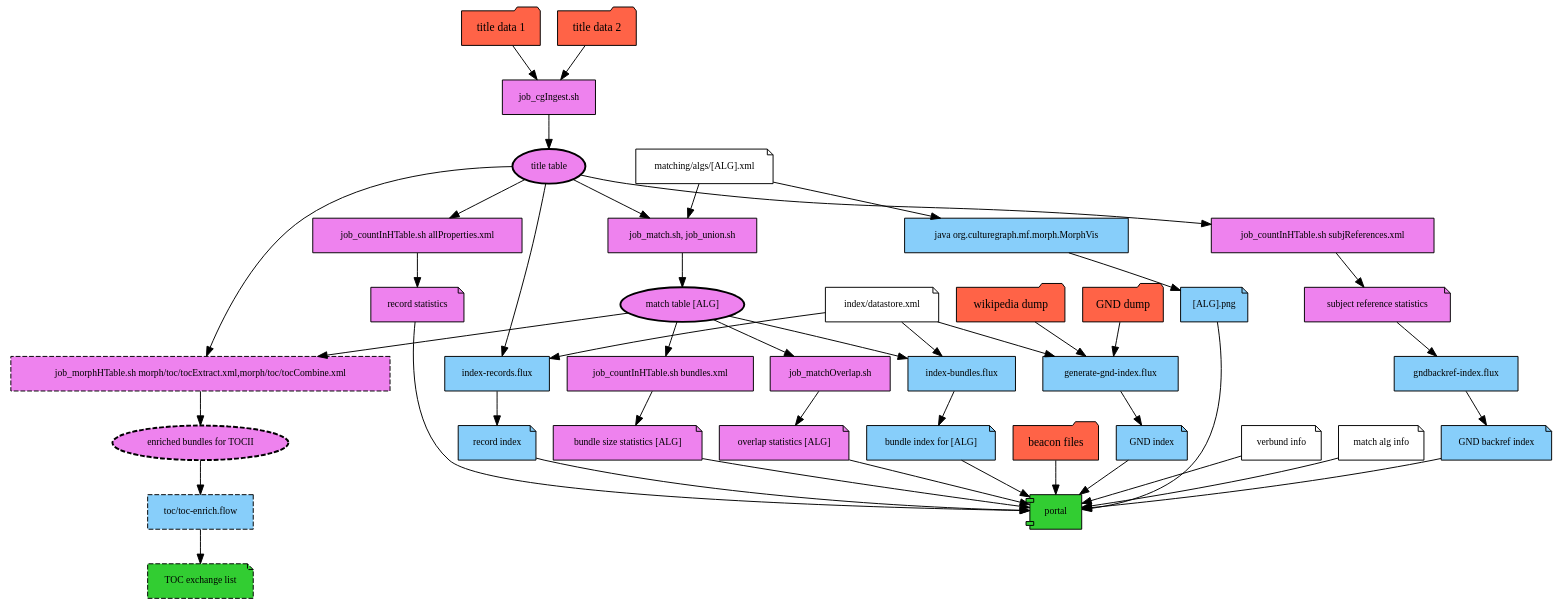
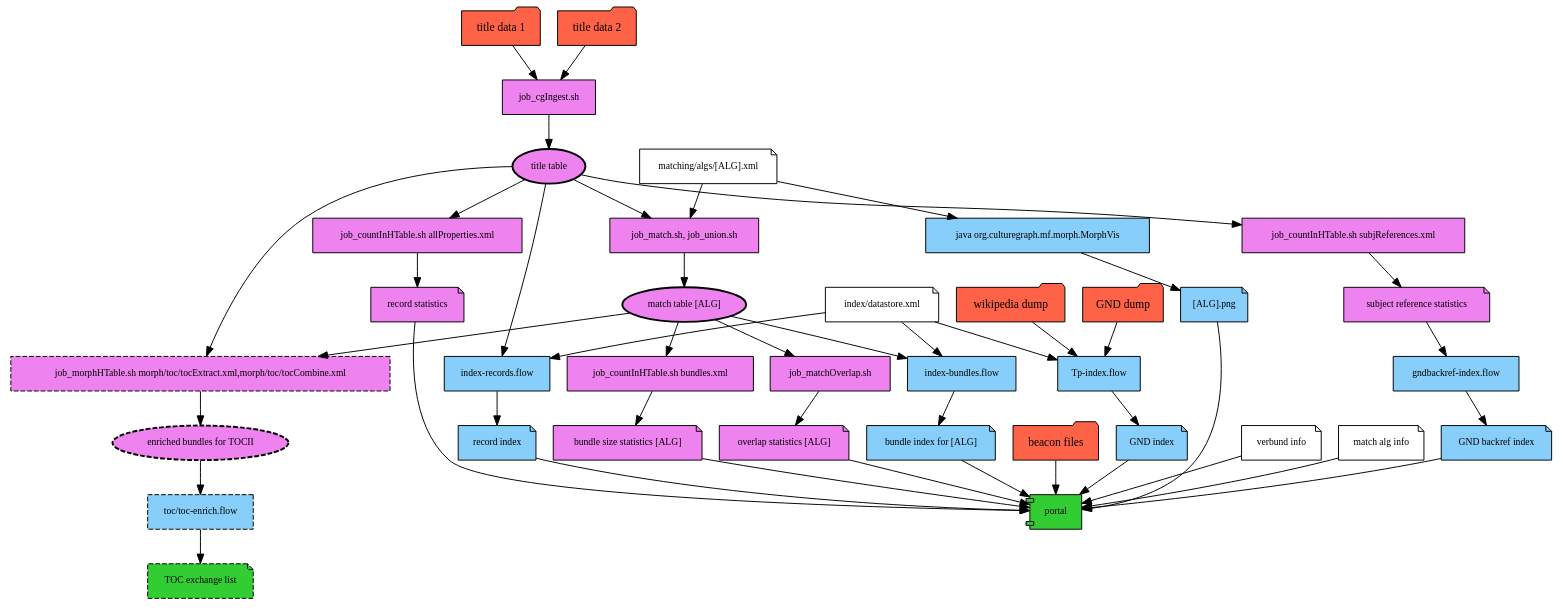
One commit to guenterh/casBigDataBern changed the diagram in doc/culturegraph-portal.gv. Above: the diagram before and after it, drawn with Graphviz. The commit also changed 1 other file, not shown here.

```diff
--- a/doc/culturegraph-portal.gv
+++ b/doc/culturegraph-portal.gv
@@ -1,123 +1,123 @@
 digraph dataflows {
 node [shape=folder, style=filled, fillcolor=tomato, fontsize=12];  
 t1 [label="title data 1"];
 t2 [label="title data 2"];
 beacons [label="beacon files"];
 wiki [label="wikipedia dump"];
 gnd [label="GND dump"];
 
 node [shape=ellipse, style="filled,bold", fillcolor=violet, fontsize=10];  
 rt [label="title table"];
 mt [label="match table [ALG]"];
 
 node [shape=ellipse, style="filled,bold, dashed", fillcolor=violet, fontsize=10];  
 toct [label="enriched bundles for TOCII"];
 
 
 node[shape=component, style=filled, fillcolor=limegreen, fontsize=10]
 portal [label="portal"]
 
 node[shape=note, style=filled, fillcolor=violet, fontsize=10]
 ovstat [label="overlap statistics [ALG]"]
 bstat [label="bundle size statistics [ALG]"]
 rstat [label="record statistics"]
 subjstat  [label="subject reference statistics"]
 
 node[shape=note, style=filled, fillcolor=lightskyblue, fontsize=10]
 rix [label="record index"]
 bix [label="bundle index for [ALG]"]
 gndix [label="GND index"]
 png [label="[ALG].png"]
 subjix [label="GND backref index"]
 
 node[shape=note, style=filled, fillcolor=white, fontsize=10]
 alg [label="matching/algs/[ALG].xml"]
 indexs [label="index/datastore.xml"]
 vinfo [label="verbund info"]
 ainfo [label="match alg info"]
 
 node [shape=box, style=filled, fillcolor=violet, fontsize=10];  
 in [label="job_cgIngest.sh"]
 match [label="job_match.sh, job_union.sh"]
 overlap [label="job_matchOverlap.sh"]
 bundlec [label="job_countInHTable.sh bundles.xml"]
 recc [label="job_countInHTable.sh allProperties.xml"]
 subjc [label="job_countInHTable.sh subjReferences.xml"]
 
 
 node [shape=box, style=filled, fillcolor=lightskyblue, fontsize=10];  
-ixr [label="index-records.flux"]
-ixm [label="index-bundles.flux"]
-ixgnd [label="generate-gnd-index.flux"]
+ixr [label="index-records.flow"]
+ixm [label="index-bundles.flow"]
+ixgnd [label="Tp-index.flow"]
 morphvis [label="java org.culturegraph.mf.morph.MorphVis"]
-ixsubj [label="gndbackref-index.flux"]
+ixsubj [label="gndbackref-index.flow"]
 
 node [shape=box, style="dashed,filled" fillcolor=violet, fontsize=10];  
 tocenr [label ="job_morphHTable.sh morph/toc/tocExtract.xml,morph/toc/tocCombine.xml"]
 
 node [shape=box, style="dashed,filled" fillcolor=lightskyblue, fontsize=10];  
 tocflow [label ="toc/toc-enrich.flow"]
 
 node [shape=note, style="dashed,filled" fillcolor=limegreen, fontsize=10];  
 tocresult [label ="TOC exchange list"]
 
 rt -> subjc
 subjc -> subjstat
 subjstat->ixsubj
 ixsubj->subjix
 subjix->portal
 
 rt -> tocenr
 mt -> tocenr
 tocenr -> toct
 toct -> tocflow
 tocflow -> tocresult
 
 gnd->ixgnd
 wiki->ixgnd
 indexs -> ixgnd
 ixgnd->gndix
 gndix->portal
 
 alg -> morphvis
 morphvis -> png
 png -> portal
 
 beacons -> portal
 
 t1 -> in;
 t2 -> in;
 in -> rt;
 
 rt ->ixr
 indexs -> ixr
 ixr -> rix
 rix -> portal
 
 rt -> match
 alg -> match
 
 match -> mt
 mt->ixm
 indexs->ixm
 ixm -> bix
 bix -> portal
 
 mt->overlap
 overlap -> ovstat
 ovstat -> portal
 
 mt->bundlec
 bundlec -> bstat
 bstat -> portal
 
 rt->recc
 recc->rstat
 rstat -> portal
 
 vinfo -> portal
 ainfo -> portal
 
 overlap=false
 
 }
```
